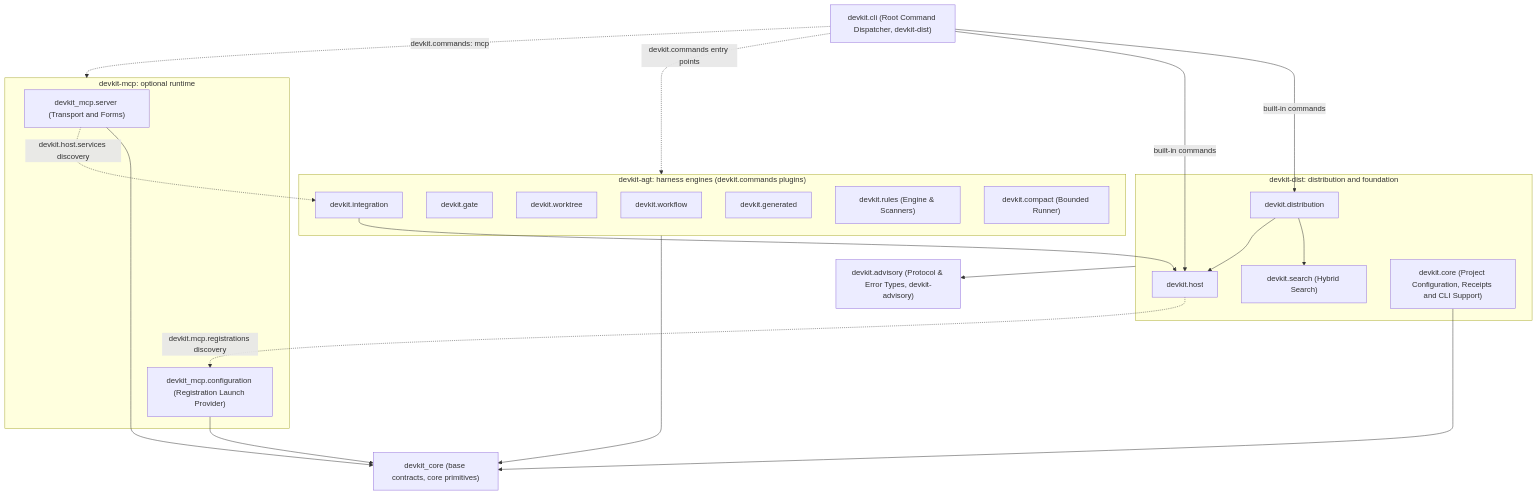
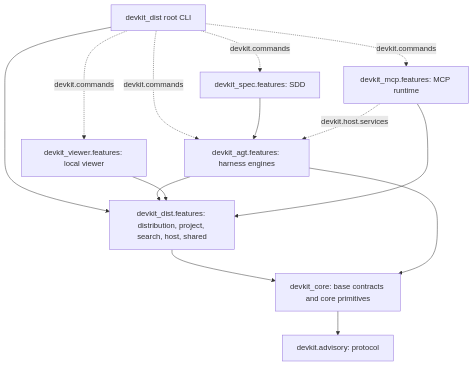
Before and after one commit to mjkimR/devkit: the diagram in docs/architecture/ARCH-05-2-components.md, drawn with Mermaid. The commit also changed other lines of this file and 1143 other files, not shown here.

````diff
--- a/docs/architecture/ARCH-05-2-components.md
+++ b/docs/architecture/ARCH-05-2-components.md
@@ -27,44 +23,24 @@
 ```mermaid
 graph TD
-    CLI["devkit.cli (Root Command Dispatcher, devkit-dist)"]
-
-    subgraph Agt ["devkit-agt: harness engines (devkit.commands plugins)"]
-        Workflow["devkit.workflow"]
-        Gate["devkit.gate"]
-        Worktree["devkit.worktree"]
-        Integration["devkit.integration"]
-        Gen["devkit.generated"]
-        Rules["devkit.rules (Engine & Scanners)"]
-        Compact["devkit.compact (Bounded Runner)"]
-    end
-
-    subgraph Mcp ["devkit-mcp: optional runtime"]
-        Runtime["devkit_mcp.server (Transport and Forms)"]
-        Provider["devkit_mcp.configuration (Registration Launch Provider)"]
-    end
-
-    subgraph Dist ["devkit-dist: distribution and foundation"]
-        Distribution["devkit.distribution"]
-        Host["devkit.host"]
-        Search["devkit.search (Hybrid Search)"]
-        DistSupport["devkit.core (Project Configuration, Receipts and CLI Support)"]
-    end
-
-    Core["devkit_core (base contracts, core primitives)"]
-    DistSupport --> Core
-    Advisory["devkit.advisory (Protocol & Error Types, devkit-advisory)"]
-
-    CLI -->|built-in commands| Distribution
-    CLI -->|built-in commands| Host
-    CLI -.->|devkit.commands entry points| Agt
-    CLI -.->|devkit.commands: mcp| Mcp
-    Runtime --> Core
-    Provider --> Core
-    Runtime -.->|devkit.host.services discovery| Integration
-    Host -.->|devkit.mcp.registrations discovery| Provider
+    CLI["devkit_dist root CLI"]
+    Agt["devkit_agt.features: harness engines"]
+    Spec["devkit_spec.features: SDD"]
+    Viewer["devkit_viewer.features: local viewer"]
+    Mcp["devkit_mcp.features: MCP runtime"]
+    Dist["devkit_dist.features: distribution, project, search, host, shared"]
+    Core["devkit_core: base contracts and core primitives"]
+    Advisory["devkit.advisory: protocol"]
+    CLI --> Dist
+    CLI -.->|devkit.commands| Agt
+    CLI -.->|devkit.commands| Spec
+    CLI -.->|devkit.commands| Viewer
+    CLI -.->|devkit.commands| Mcp
+    Spec --> Agt
+    Agt --> Dist
+    Viewer --> Dist
+    Mcp --> Dist
+    Dist --> Core
     Agt --> Core
-    Integration --> Host
-    Distribution --> Search
-    Distribution --> Host
-    Dist --> Advisory
+    Core --> Advisory
+    Mcp -.->|devkit.host.services| Agt
 ```
````
